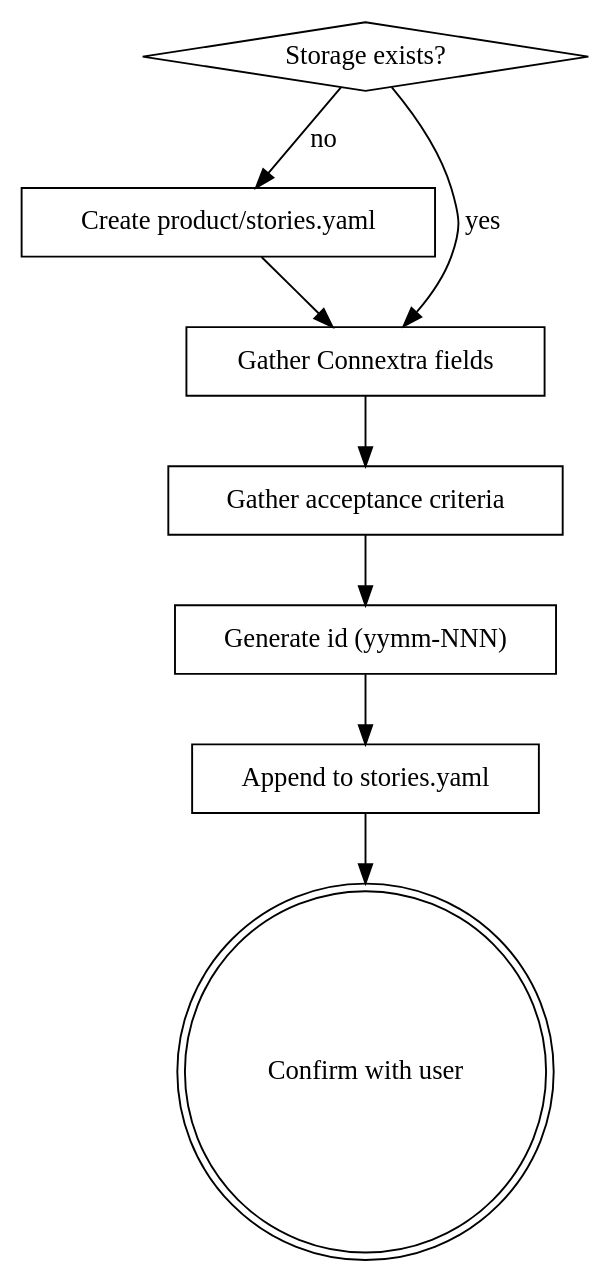
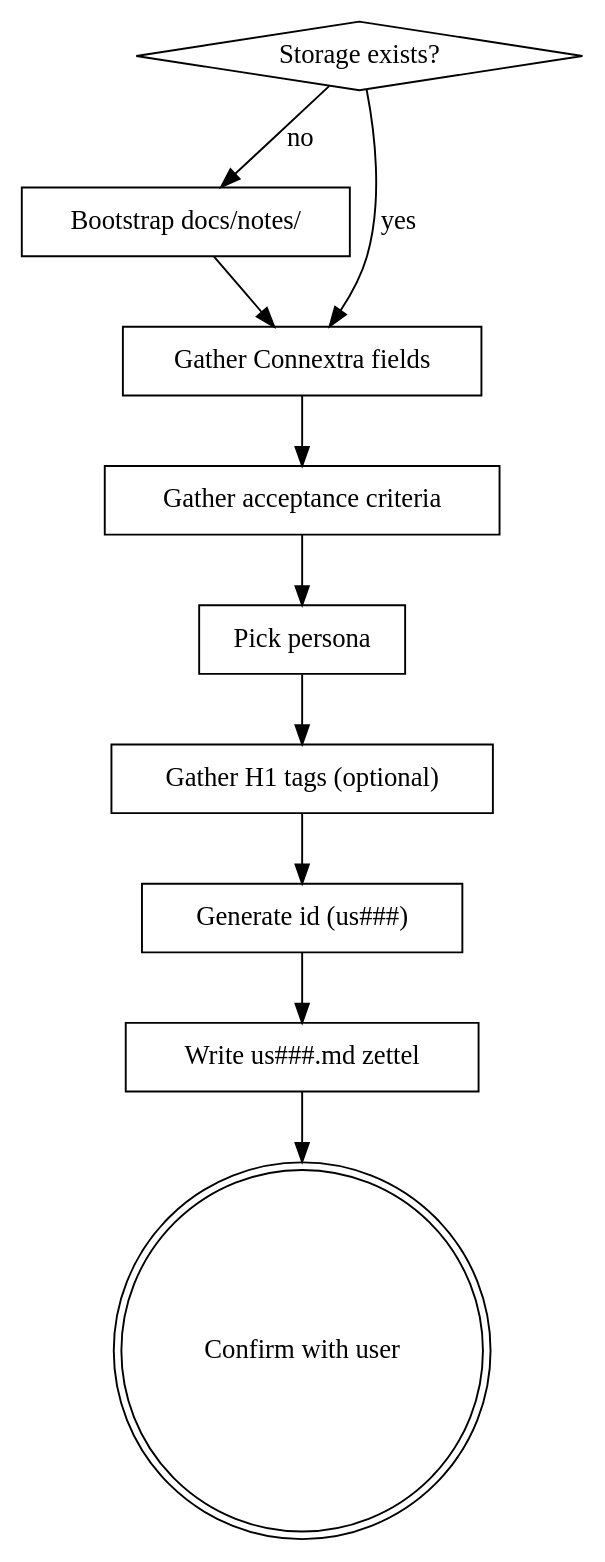
One commit to b3tchi/dotfiles changed the diagram in claude/marketplace/plugins/infinifu/skills/story-write-workspace/skill-snapshot/SKILL.md. Above: the diagram before and after it, drawn with Graphviz. The commit also changed other lines of this file and 53 other files, not shown here.

````diff
--- a/claude/marketplace/plugins/infinifu/skills/story-write-workspace/skill-snapshot/SKILL.md
+++ b/claude/marketplace/plugins/infinifu/skills/story-write-workspace/skill-snapshot/SKILL.md
@@ -16,19 +18,23 @@
 ```dot
 digraph story_create {
     "Storage exists?" [shape=diamond];
-    "Create product/stories.yaml" [shape=box];
+    "Bootstrap docs/notes/" [shape=box];
     "Gather Connextra fields" [shape=box];
     "Gather acceptance criteria" [shape=box];
-    "Generate id (yymm-NNN)" [shape=box];
-    "Append to stories.yaml" [shape=box];
+    "Pick persona" [shape=box];
+    "Gather H1 tags (optional)" [shape=box];
+    "Generate id (us###)" [shape=box];
+    "Write us###.md zettel" [shape=box];
     "Confirm with user" [shape=doublecircle];
 
-    "Storage exists?" -> "Create product/stories.yaml" [label="no"];
+    "Storage exists?" -> "Bootstrap docs/notes/" [label="no"];
     "Storage exists?" -> "Gather Connextra fields" [label="yes"];
-    "Create product/stories.yaml" -> "Gather Connextra fields";
+    "Bootstrap docs/notes/" -> "Gather Connextra fields";
     "Gather Connextra fields" -> "Gather acceptance criteria";
-    "Gather acceptance criteria" -> "Generate id (yymm-NNN)";
-    "Generate id (yymm-NNN)" -> "Append to stories.yaml";
-    "Append to stories.yaml" -> "Confirm with user";
+    "Gather acceptance criteria" -> "Pick persona";
+    "Pick persona" -> "Gather H1 tags (optional)";
+    "Gather H1 tags (optional)" -> "Generate id (us###)";
+    "Generate id (us###)" -> "Write us###.md zettel";
+    "Write us###.md zettel" -> "Confirm with user";
 }
 ```
````
